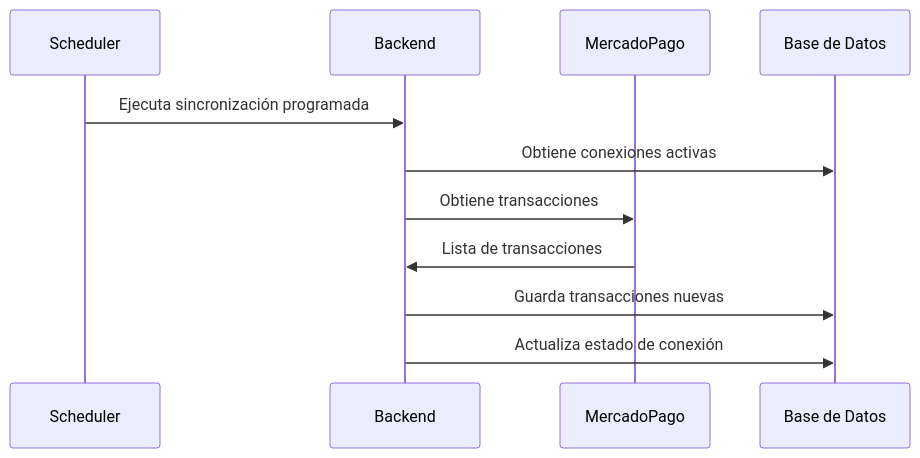
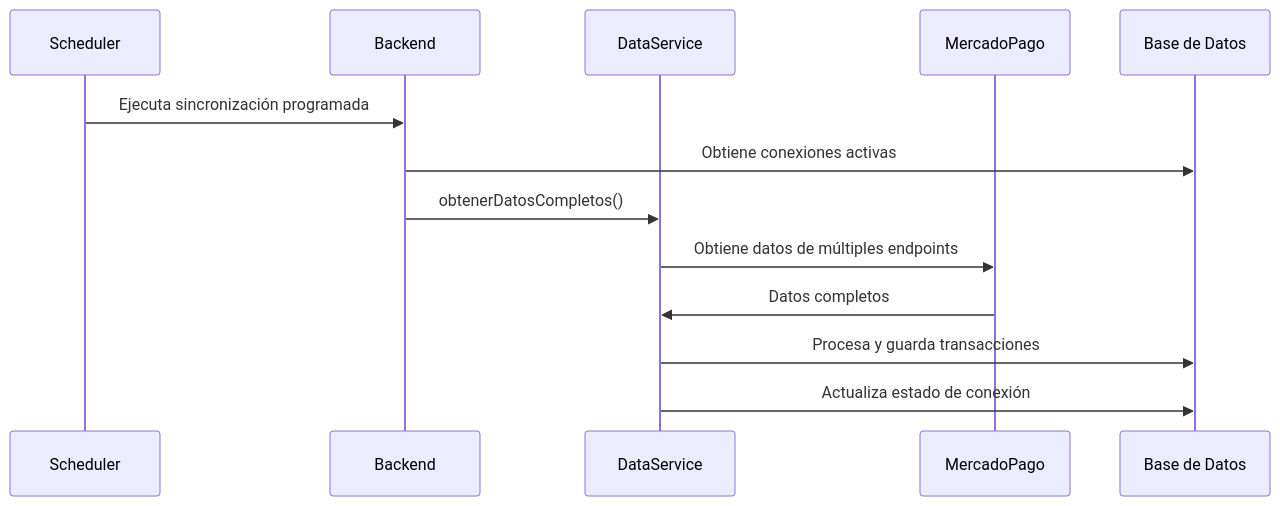
The fourth of 4 diagrams in docs/MERCADOPAGO_MODULAR_INTEGRATION.md (poloatt/attadia), drawn with Mermaid before and after one commit. The commit also changed other lines of this file and 3 other files, not shown here.

````diff
--- a/docs/MERCADOPAGO_MODULAR_INTEGRATION.md
+++ b/docs/MERCADOPAGO_MODULAR_INTEGRATION.md
@@ -90,14 +156,16 @@
 ```mermaid
 sequenceDiagram
     participant S as Scheduler
     participant B as Backend
+    participant DS as DataService
     participant M as MercadoPago
     participant DB as Base de Datos
 
     S->>B: Ejecuta sincronización programada
     B->>DB: Obtiene conexiones activas
-    B->>M: Obtiene transacciones
-    M->>B: Lista de transacciones
-    B->>DB: Guarda transacciones nuevas
-    B->>DB: Actualiza estado de conexión
+    B->>DS: obtenerDatosCompletos()
+    DS->>M: Obtiene datos de múltiples endpoints
+    M->>DS: Datos completos
+    DS->>DB: Procesa y guarda transacciones
+    DS->>DB: Actualiza estado de conexión
 ```
````
